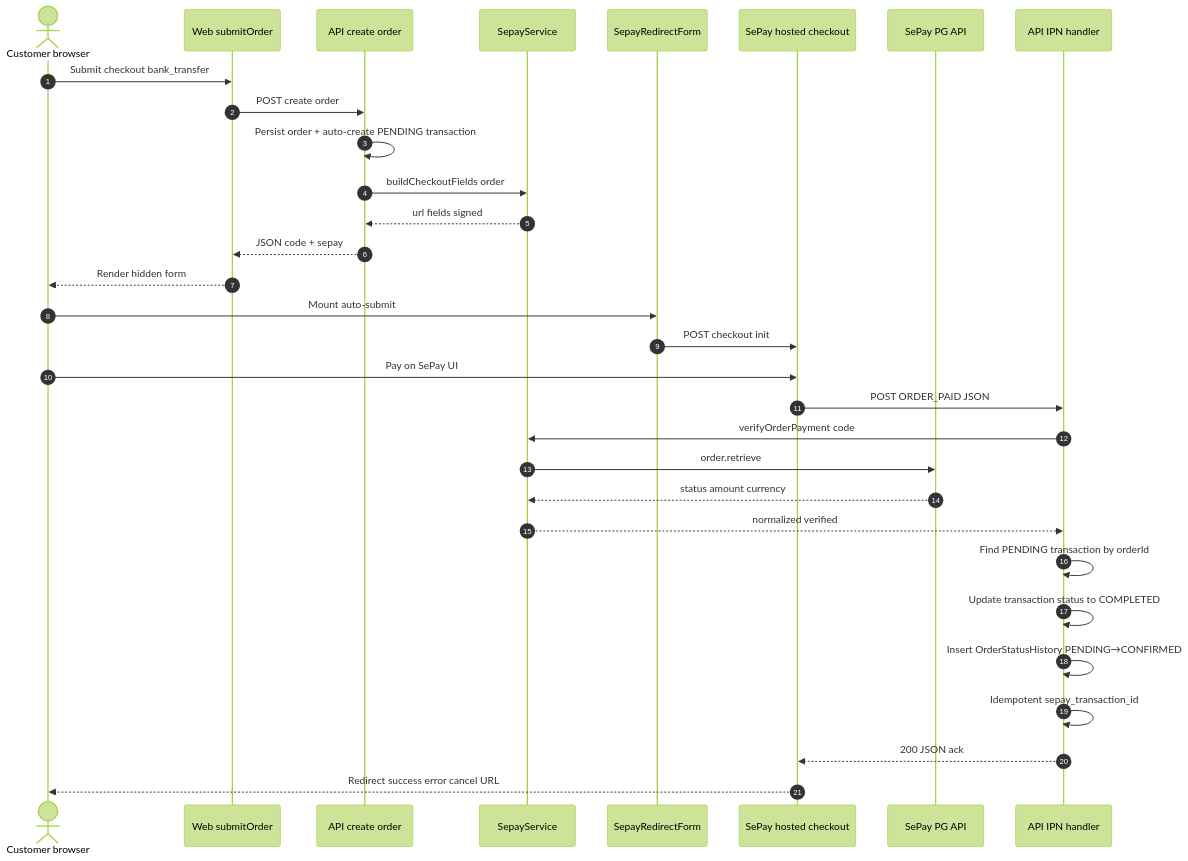
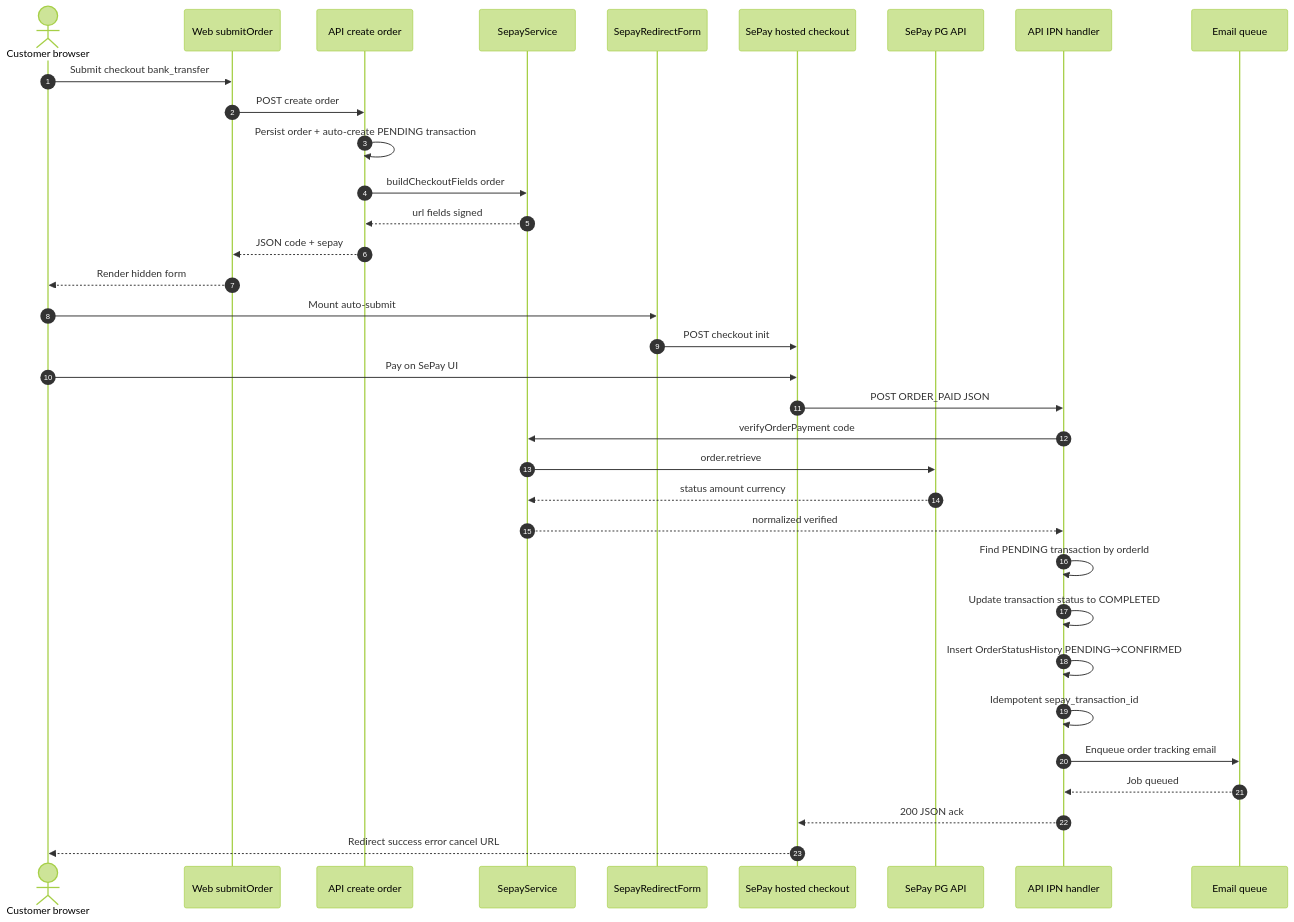
Before and after one commit to VuThanhThien/longnhan-hungyen: the second of 3 diagrams in docs/sepay/payment-flow-sepay.md, drawn with Mermaid (forest theme). The commit also changed other lines of this file and 22 other files, not shown here.

````diff
--- a/docs/sepay/payment-flow-sepay.md
+++ b/docs/sepay/payment-flow-sepay.md
@@ -65,36 +65,39 @@
 ```mermaid
 sequenceDiagram
   autonumber
   actor U as Customer browser
   participant W as Web submitOrder
   participant A as API create order
   participant SP as SepayService
   participant RF as SepayRedirectForm
   participant PAY as SePay hosted checkout
   participant PG as SePay PG API
   participant IPN as API IPN handler
+  participant EM as Email queue
 
   U->>W: Submit checkout bank_transfer
   W->>A: POST create order
   A->>A: Persist order + auto-create PENDING transaction
   A->>SP: buildCheckoutFields order
   SP-->>A: url fields signed
   A-->>W: JSON code + sepay
   W-->>U: Render hidden form
   U->>RF: Mount auto-submit
   RF->>PAY: POST checkout init
 
   U->>PAY: Pay on SePay UI
   PAY->>IPN: POST ORDER_PAID JSON
   IPN->>SP: verifyOrderPayment code
   SP->>PG: order.retrieve
   PG-->>SP: status amount currency
   SP-->>IPN: normalized verified
   IPN->>IPN: Find PENDING transaction by orderId
   IPN->>IPN: Update transaction status to COMPLETED
   IPN->>IPN: Insert OrderStatusHistory PENDING→CONFIRMED
   IPN->>IPN: Idempotent sepay_transaction_id
+  IPN->>EM: Enqueue order tracking email
+  EM-->>IPN: Job queued
   IPN-->>PAY: 200 JSON ack
 
   PAY-->>U: Redirect success error cancel URL
 ```
````
